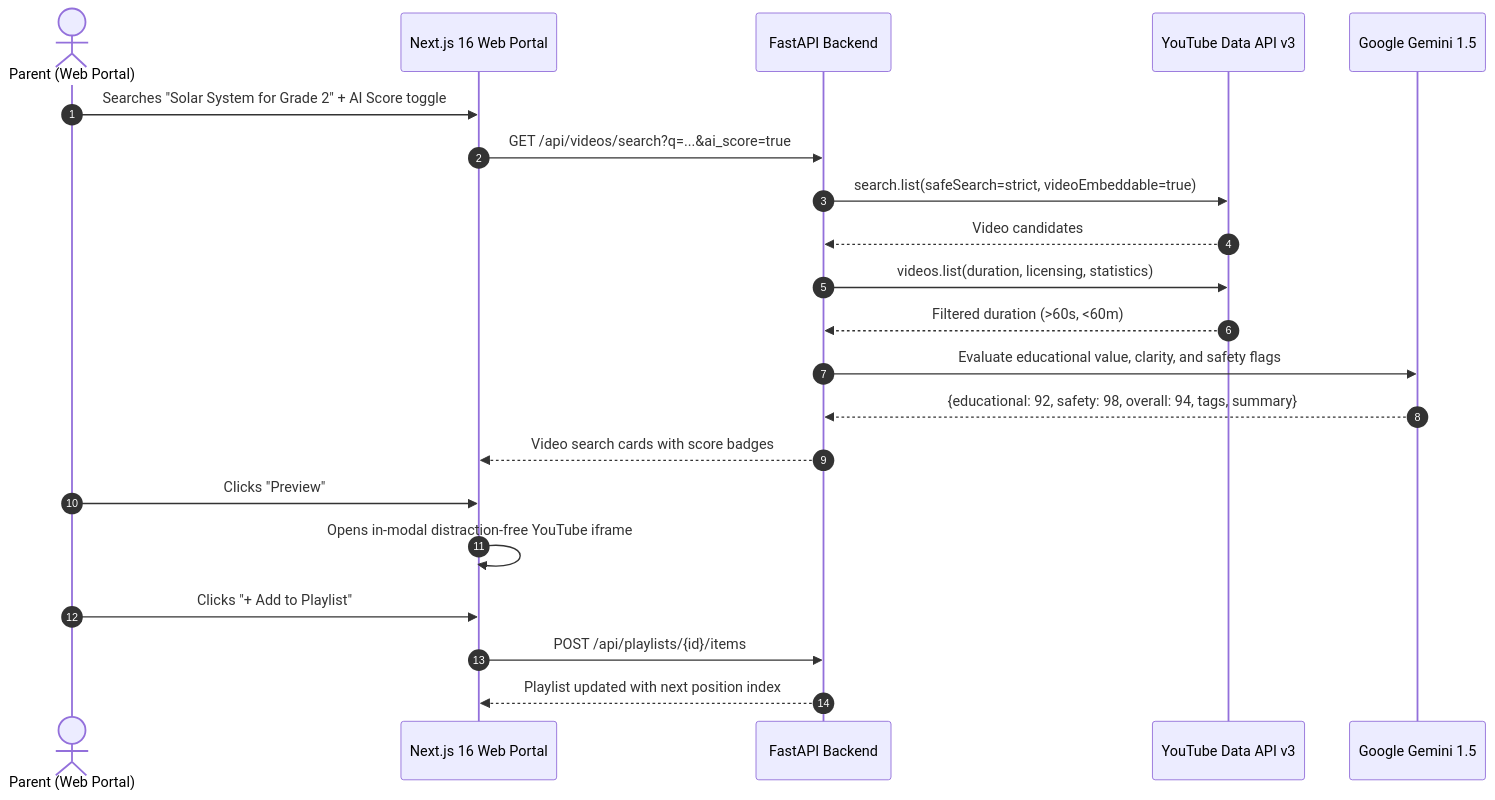
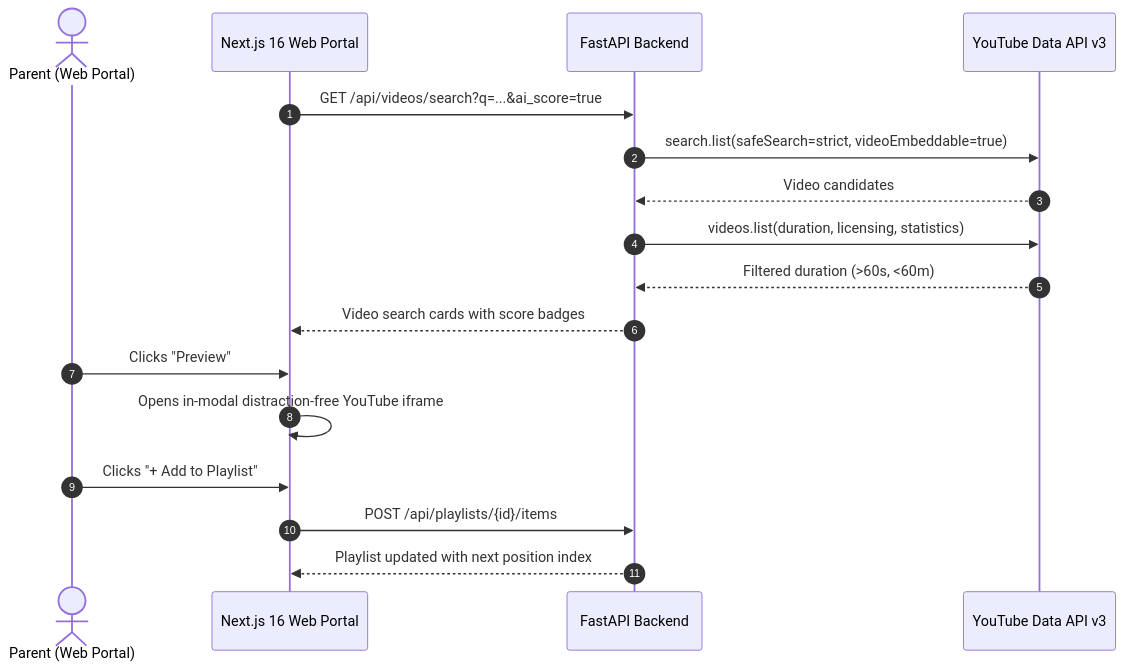
Before and after one commit to Sriramchara/kidcurate: the second of 3 diagrams in PROJECT_OVERVIEW.md, drawn with Mermaid. The commit also changed other lines of this file and 48 other files, not shown here.

````diff
--- a/PROJECT_OVERVIEW.md
+++ b/PROJECT_OVERVIEW.md
@@ -90,25 +82,21 @@
 ```mermaid
 sequenceDiagram
     autonumber
     actor Parent as Parent (Web Portal)
     participant Web as Next.js 16 Web Portal
     participant API as FastAPI Backend
     participant YT as YouTube Data API v3
-    participant Gemini as Google Gemini 1.5
 
-    Parent->>Web: Searches "Solar System for Grade 2" + AI Score toggle
     Web->>API: GET /api/videos/search?q=...&ai_score=true
     API->>YT: search.list(safeSearch=strict, videoEmbeddable=true)
     YT-->>API: Video candidates
     API->>YT: videos.list(duration, licensing, statistics)
     YT-->>API: Filtered duration (>60s, <60m)
-    API->>Gemini: Evaluate educational value, clarity, and safety flags
-    Gemini-->>API: {educational: 92, safety: 98, overall: 94, tags, summary}
     API-->>Web: Video search cards with score badges
     
     Parent->>Web: Clicks "Preview"
     Web->>Web: Opens in-modal distraction-free YouTube iframe
     Parent->>Web: Clicks "+ Add to Playlist"
     Web->>API: POST /api/playlists/{id}/items
     API-->>Web: Playlist updated with next position index
 ```
````
